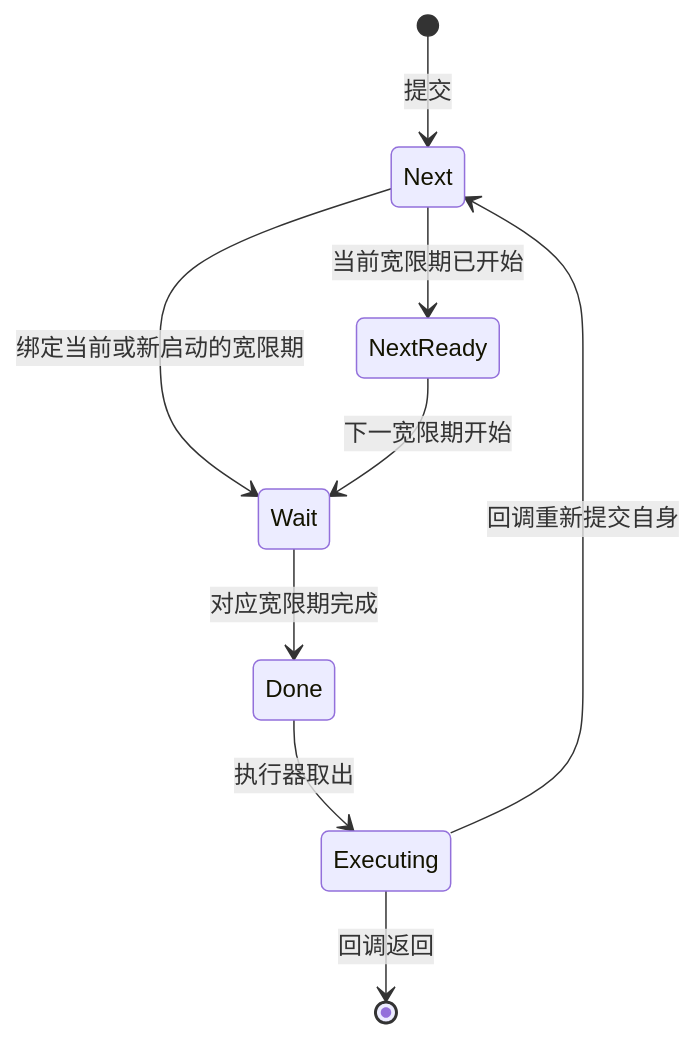
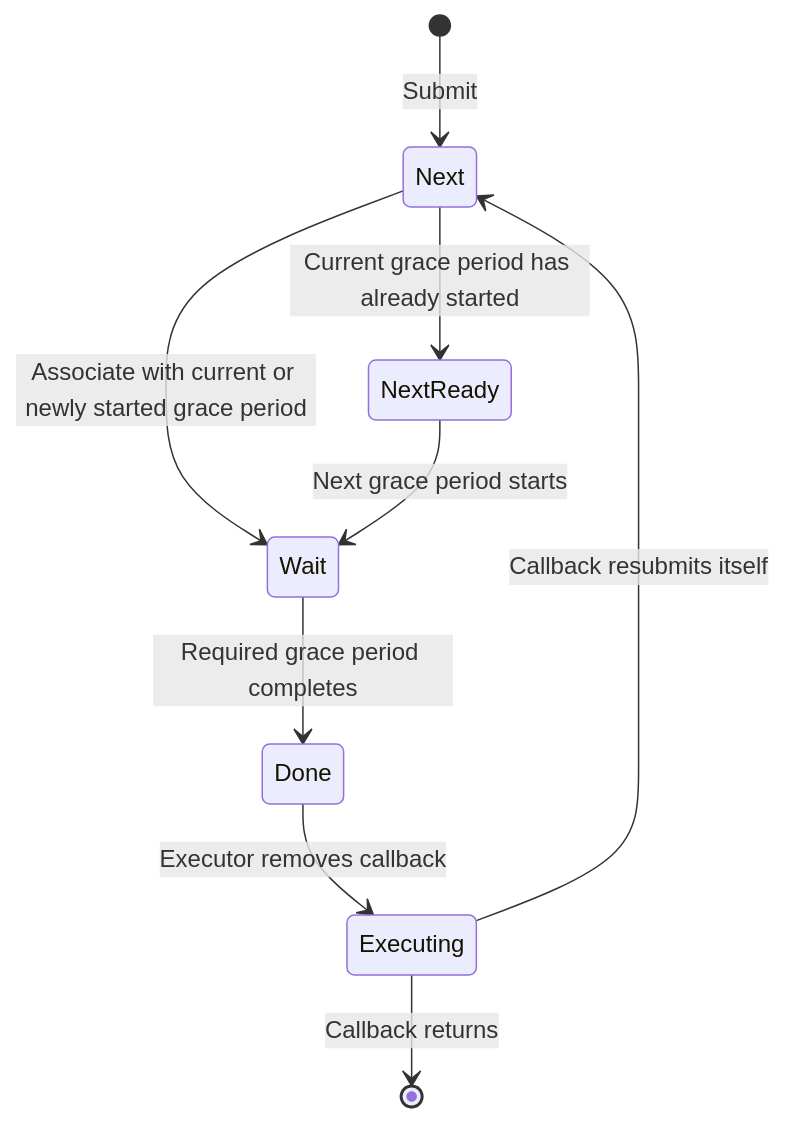
Before and after one commit to DragonOS-Community/DragonOS: the third of 8 diagrams in docs/kernel/rcu/segmented-callback-queues.md, drawn with Mermaid. The commit also changed other lines of this file and 2058 other files, not shown here.

````diff
--- a/docs/kernel/rcu/segmented-callback-queues.md
+++ b/docs/kernel/rcu/segmented-callback-queues.md
@@ -94,11 +94,11 @@
 ```mermaid
 stateDiagram-v2
-    [*] --> Next: 提交
-    Next --> Wait: 绑定当前或新启动的宽限期
-    Next --> NextReady: 当前宽限期已开始
-    NextReady --> Wait: 下一宽限期开始
-    Wait --> Done: 对应宽限期完成
-    Done --> Executing: 执行器取出
-    Executing --> [*]: 回调返回
-    Executing --> Next: 回调重新提交自身
+    [*] --> Next: Submit
+    Next --> Wait: Associate with current or newly started grace period
+    Next --> NextReady: Current grace period has already started
+    NextReady --> Wait: Next grace period starts
+    Wait --> Done: Required grace period completes
+    Done --> Executing: Executor removes callback
+    Executing --> [*]: Callback returns
+    Executing --> Next: Callback resubmits itself
 ```
````
